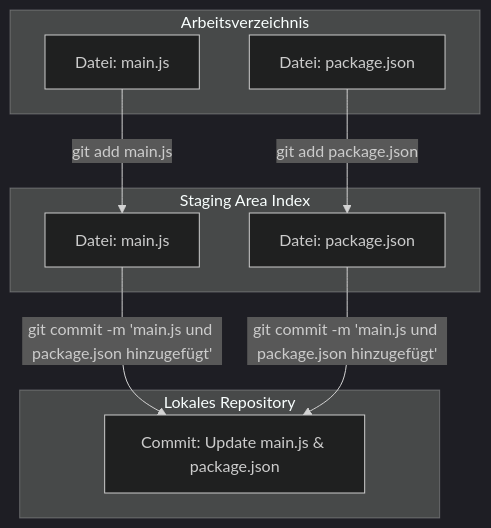
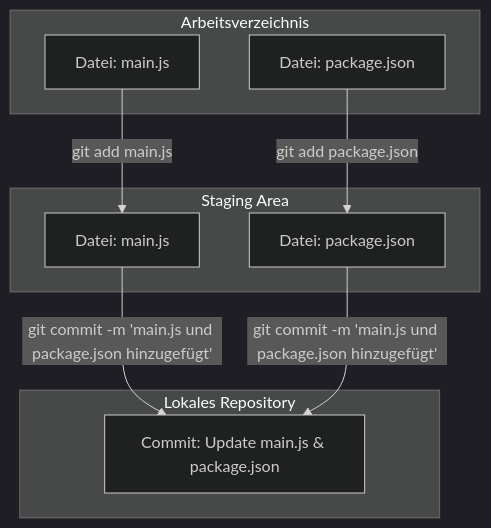
The diagram in pages/prog/10-git/03-git.mdx (behrends/workshops), drawn with Mermaid (dark theme) before and after one commit. The commit also changed other lines of this file and 2 other files, not shown here.

````diff
--- a/pages/prog/10-git/03-git.mdx
+++ b/pages/prog/10-git/03-git.mdx
@@ -222,20 +243,20 @@
 ```mermaid
 flowchart TD
     subgraph Arbeitsverzeichnis
         A1[Datei: main.js]
         A2[Datei: package.json]
     end
 
-    subgraph Staging Area [Staging Area Index]
+    subgraph Staging Area
         B1[Datei: main.js]
         B2[Datei: package.json]
     end
 
     subgraph Lokales Repository
         C[Commit: Update main.js & package.json]
     end
 
     A1 -->|git add main.js| B1
     A2 -->|git add package.json| B2
     B1 & B2 -->|git commit -m 'main.js und package.json hinzugefügt'| C
 ```
````
